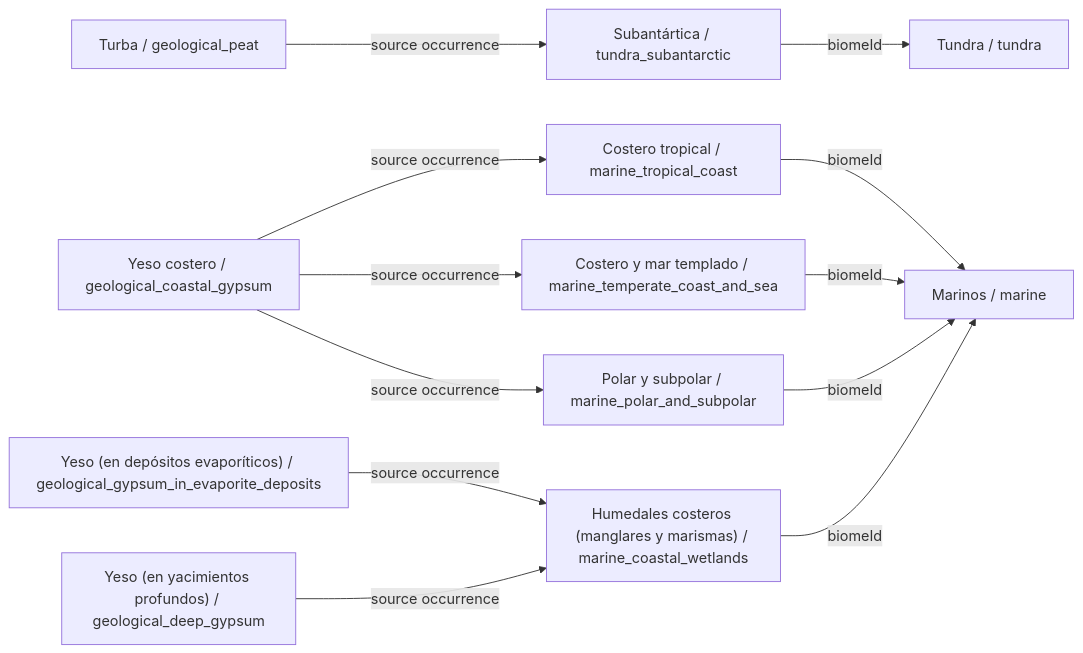
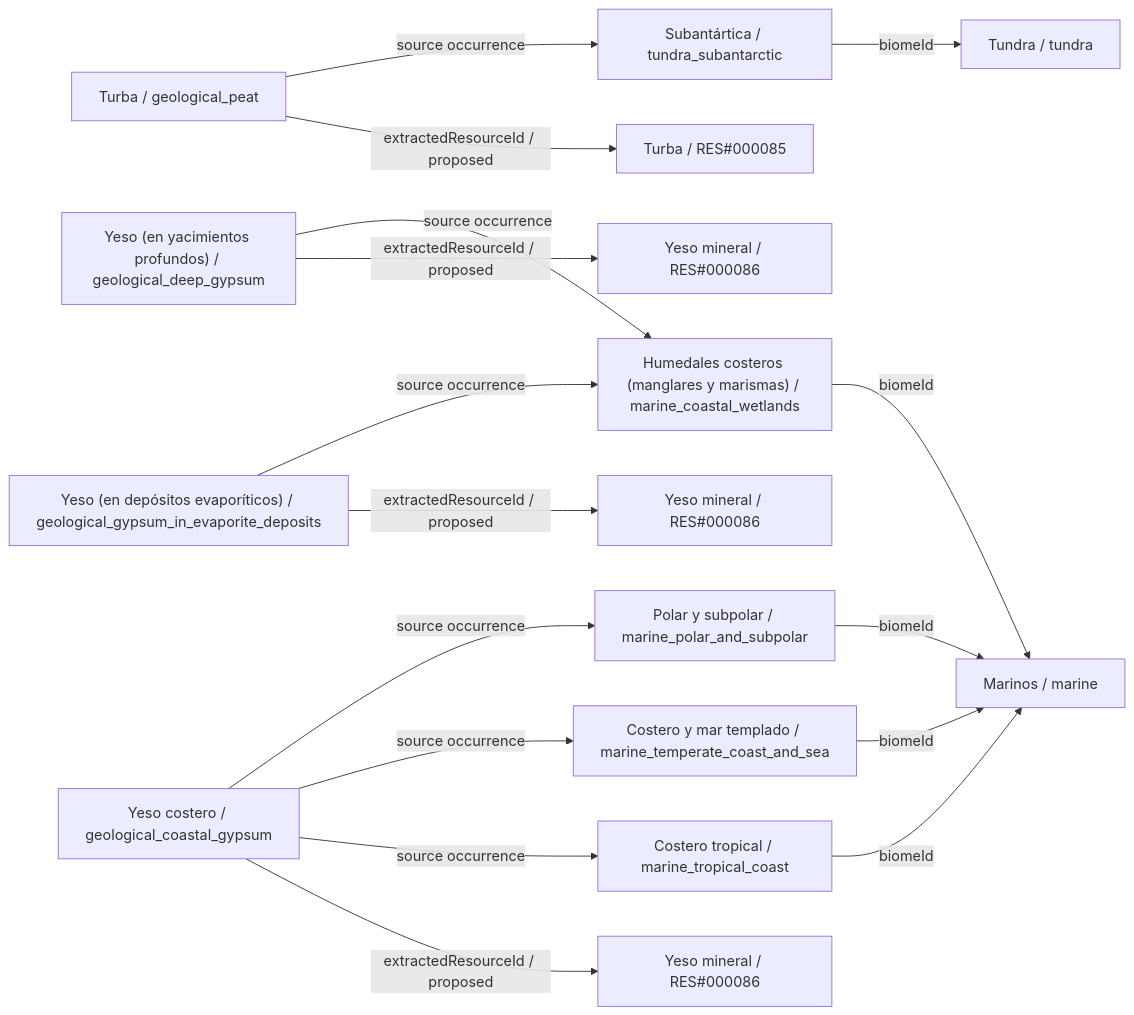
One commit to fgabo404/EvolveDoc changed diagram 14 of 15 in data/minerals/DIAGRAMS.es.md. Above: the diagram before and after it, drawn with Mermaid. The commit also changed other lines of this file and 50 other files, not shown here.

````diff
--- a/data/minerals/DIAGRAMS.es.md
+++ b/data/minerals/DIAGRAMS.es.md
@@ -769,25 +873,33 @@
 ```mermaid
 flowchart LR
     c0["Turba / geological_peat"]
     v10["Subantártica / tundra_subantarctic"]
     b2["Tundra / tundra"]
+    r0["Turba / RES#000085"]
     c1["Yeso (en depósitos evaporíticos) / geological_gypsum_in_evaporite_deposits"]
     v22["Humedales costeros (manglares y marismas) / marine_coastal_wetlands"]
     b5["Marinos / marine"]
+    r1["Yeso mineral / RES#000086"]
     c2["Yeso (en yacimientos profundos) / geological_deep_gypsum"]
+    r2["Yeso mineral / RES#000086"]
     c3["Yeso costero / geological_coastal_gypsum"]
     v19["Costero tropical / marine_tropical_coast"]
     v20["Costero y mar templado / marine_temperate_coast_and_sea"]
     v21["Polar y subpolar / marine_polar_and_subpolar"]
+    r3["Yeso mineral / RES#000086"]
+    c0 -->|extractedResourceId / proposed| r0
     c0 -->|source occurrence| v10
+    c1 -->|extractedResourceId / proposed| r1
     c1 -->|source occurrence| v22
+    c2 -->|extractedResourceId / proposed| r2
     c2 -->|source occurrence| v22
+    c3 -->|extractedResourceId / proposed| r3
     c3 -->|source occurrence| v19
     c3 -->|source occurrence| v20
     c3 -->|source occurrence| v21
     v10 -->|biomeId| b2
     v19 -->|biomeId| b5
     v20 -->|biomeId| b5
     v21 -->|biomeId| b5
     v22 -->|biomeId| b5
 ```
````
